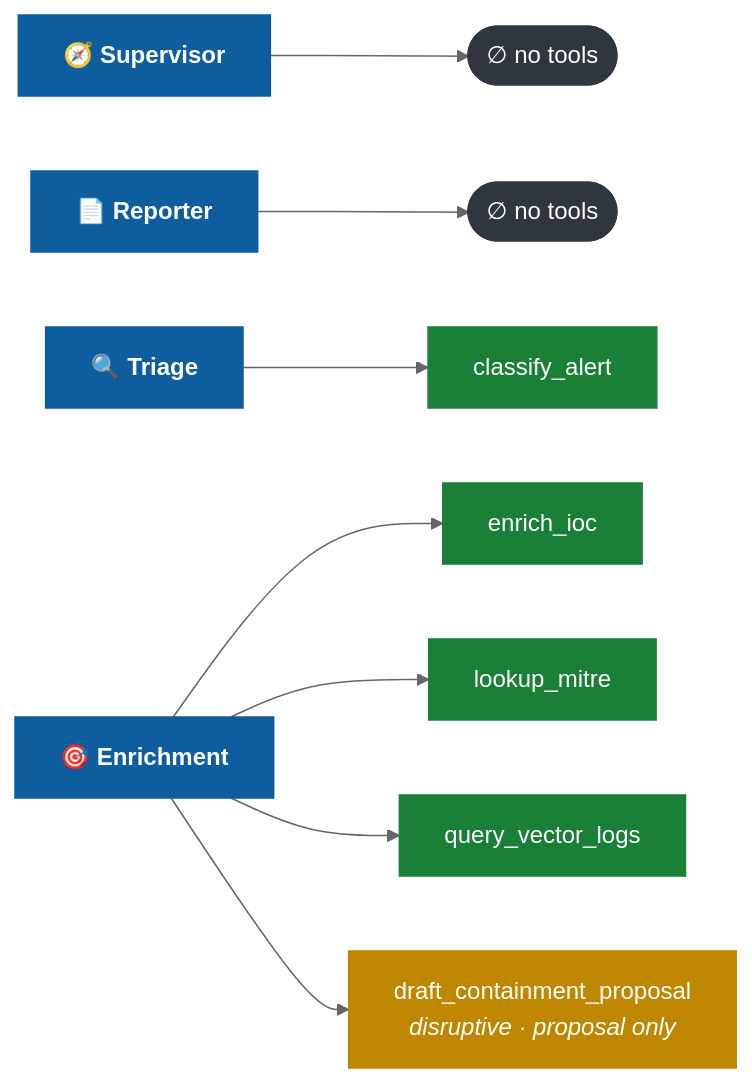
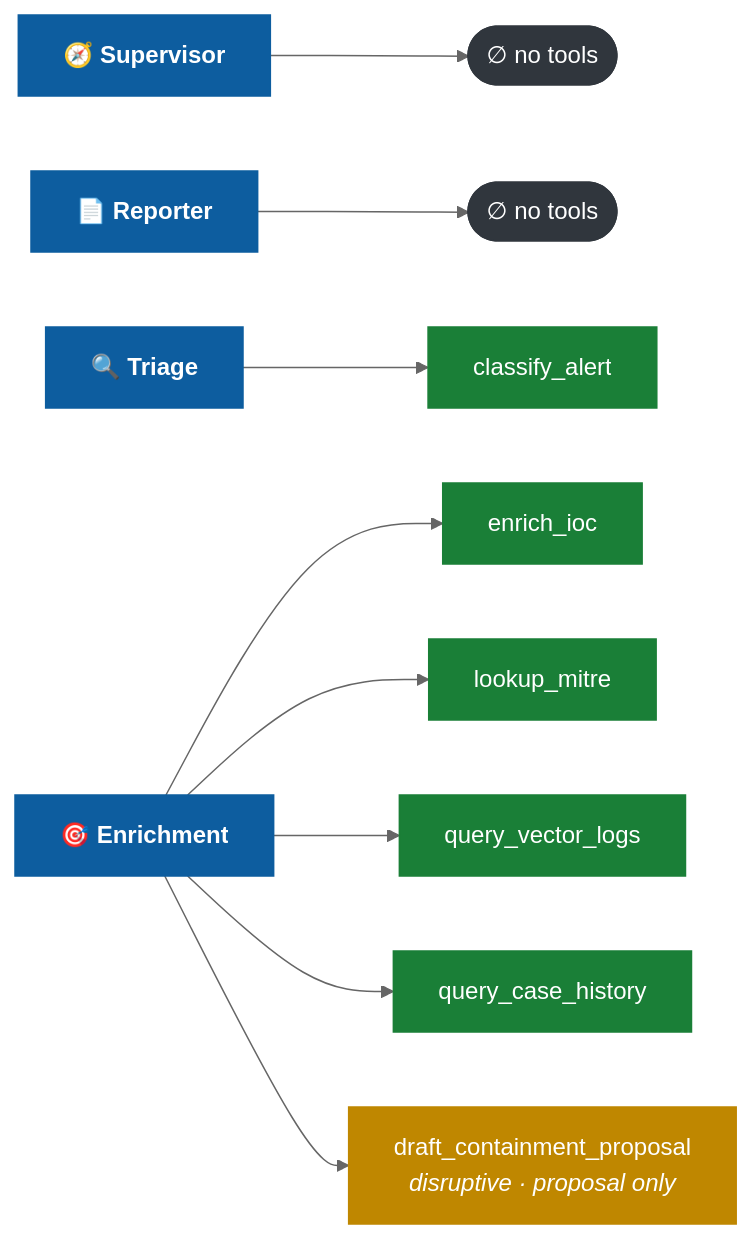
Before and after one commit to bbrookhart/secure-agentic-soc: the fourth of 5 diagrams in docs/ARCHITECTURE.md, drawn with Mermaid (neutral theme). The commit also changed other lines of this file and 2 other files, not shown here.

````diff
--- a/docs/ARCHITECTURE.md
+++ b/docs/ARCHITECTURE.md
@@ -142,21 +142,22 @@
 ```mermaid
 flowchart LR
     SUP["🧭 <b>Supervisor</b>"] --> Z1(["∅ no tools"])
     REP["📄 <b>Reporter</b>"] --> Z2(["∅ no tools"])
 
     TRI["🔍 <b>Triage</b>"] --> CA["classify_alert"]
 
     ENR["🎯 <b>Enrichment</b>"] --> EI["enrich_ioc"]
     ENR --> LM["lookup_mitre"]
     ENR --> QL["query_vector_logs"]
+    ENR --> QC["query_case_history"]
     ENR --> DC["draft_containment_proposal<br/><i>disruptive · proposal only</i>"]
 
     classDef agent fill:#0D5D9F,stroke:#0D5D9F,color:#fff
     classDef none fill:#30363D,stroke:#30363D,color:#fff
     classDef tool fill:#1A7F37,stroke:#1A7F37,color:#fff
     classDef risky fill:#BF8700,stroke:#BF8700,color:#fff
     class SUP,TRI,ENR,REP agent
     class Z1,Z2 none
-    class CA,EI,LM,QL tool
+    class CA,EI,LM,QL,QC tool
     class DC risky
 ```
````
